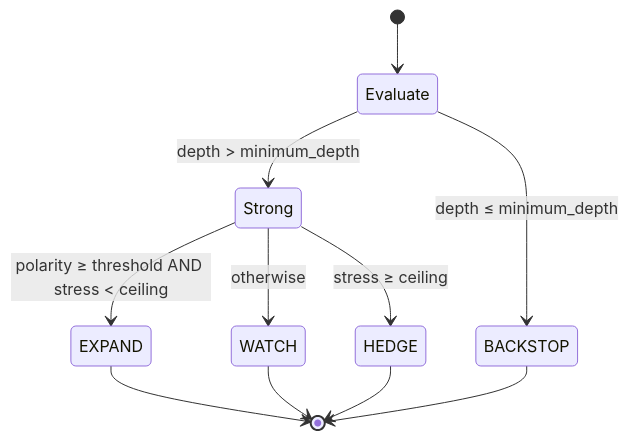
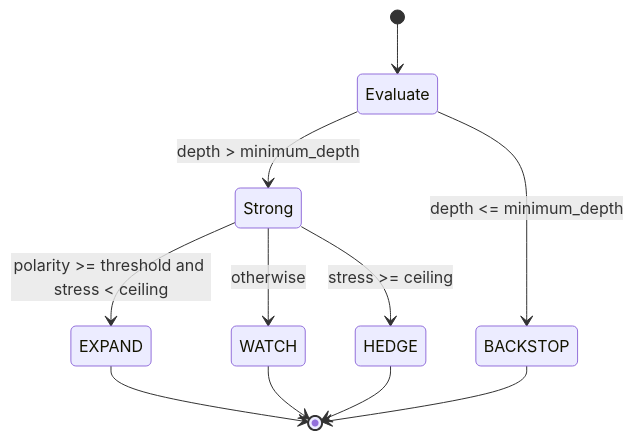
One commit to cioffivictor/solana-ssp-protocol changed the fourth of 7 diagrams in README.md. Above: the diagram before and after it, drawn with Mermaid. The commit also changed other lines of this file, not shown here.

````diff
--- a/README.md
+++ b/README.md
@@ -142,13 +190,13 @@
 ```mermaid
 stateDiagram-v2
     [*] --> Evaluate
-    Evaluate --> BACKSTOP: depth ≤ minimum_depth
+    Evaluate --> BACKSTOP: depth <= minimum_depth
     Evaluate --> Strong: depth > minimum_depth
-    Strong --> EXPAND: polarity ≥ threshold AND stress < ceiling
-    Strong --> HEDGE: stress ≥ ceiling
+    Strong --> EXPAND: polarity >= threshold and stress < ceiling
+    Strong --> HEDGE: stress >= ceiling
     Strong --> WATCH: otherwise
     EXPAND --> [*]
     WATCH --> [*]
     HEDGE --> [*]
     BACKSTOP --> [*]
 ```
````
